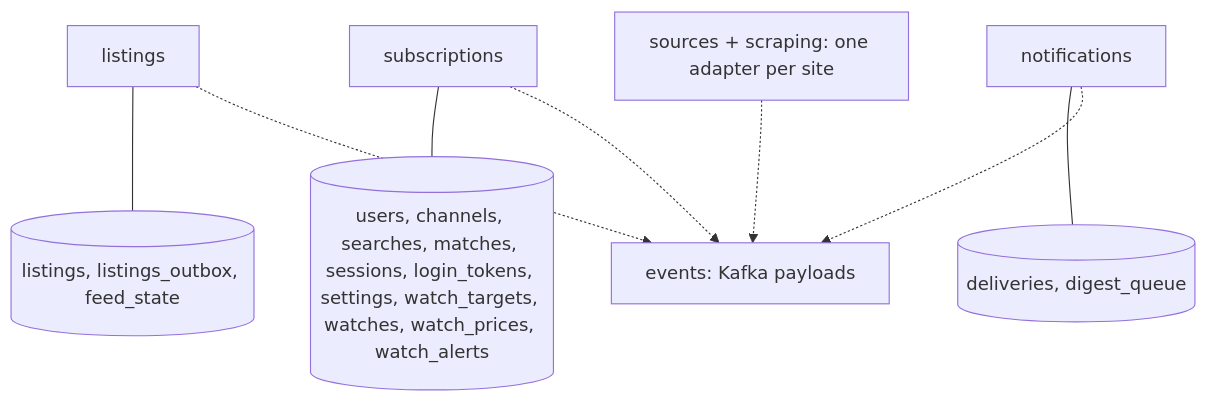
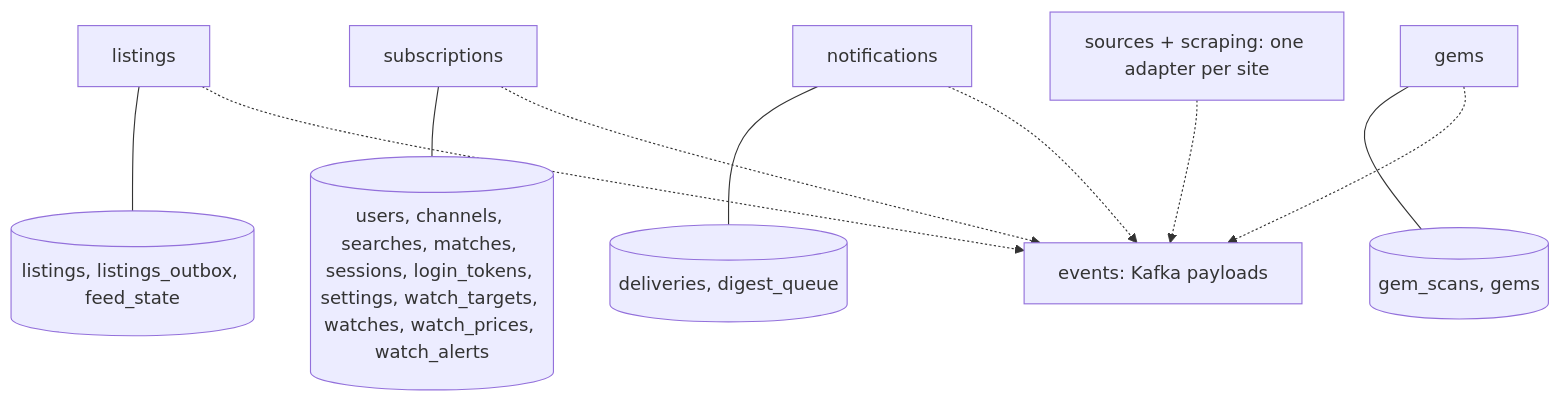
One commit to A1nar-S/ad-monitor changed the fourth of 6 diagrams in docs/architecture.md. Above: the diagram before and after it, drawn with Mermaid. The commit also changed other lines of this file and 31 other files, not shown here.

````diff
--- a/docs/architecture.md
+++ b/docs/architecture.md
@@ -98,10 +98,11 @@
 ```mermaid
 flowchart TB
     events[events: Kafka payloads]
     listings[listings] --- t1[(listings, listings_outbox, feed_state)]
     subs[subscriptions] --- t2[(users, channels, searches, matches, sessions, login_tokens, settings, watch_targets, watches, watch_prices, watch_alerts)]
     notif[notifications] --- t3[(deliveries, digest_queue)]
+    gemsl[gems] --- t4[(gem_scans, gems)]
     scraping[sources + scraping: one adapter per site]
 
-    listings & subs & notif & scraping -.-> events
+    listings & subs & notif & gemsl & scraping -.-> events
 ```
````
